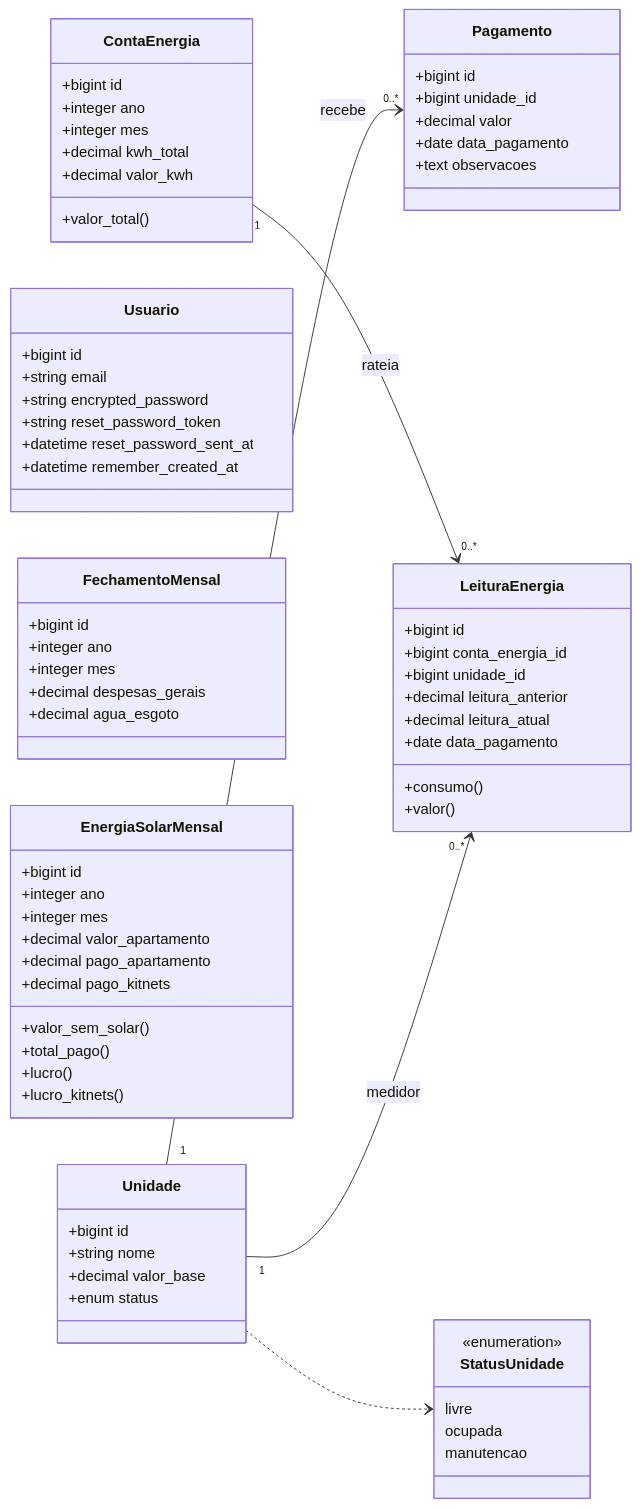
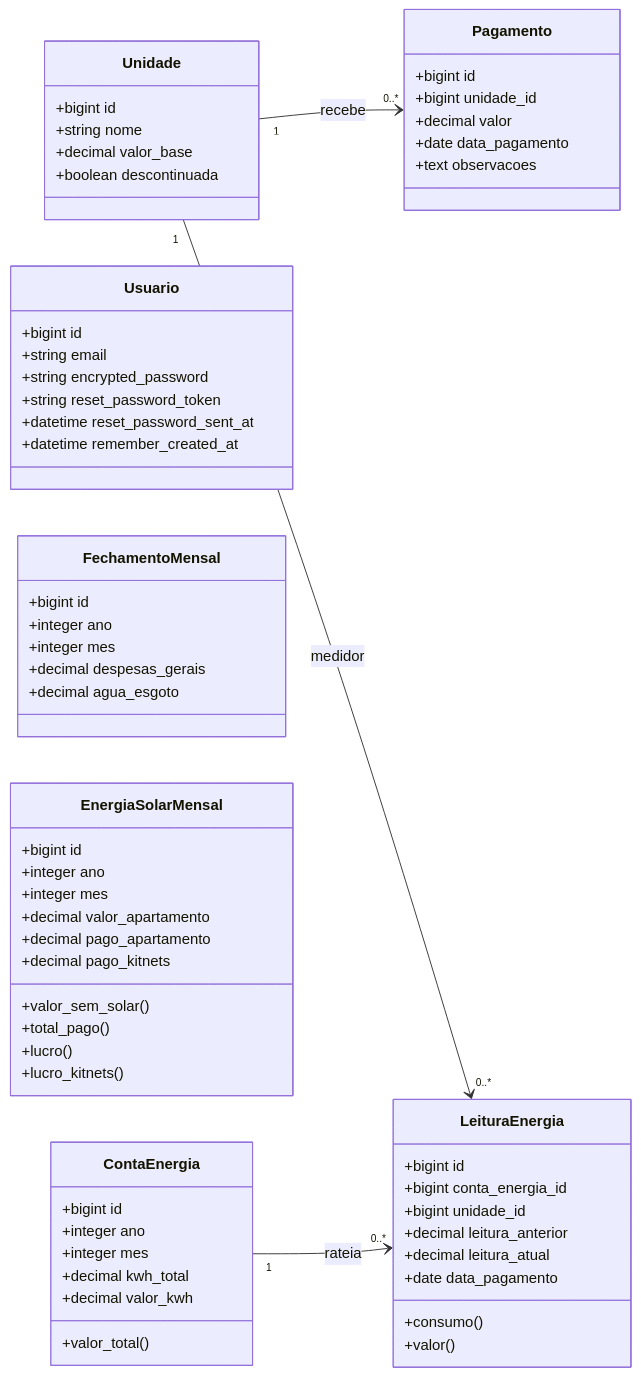
Before and after one commit to keandro/kitnet: the diagram in README.md, drawn with Mermaid. The commit also changed other lines of this file and 12 other files, not shown here.

First line of the commit message:
Remove the unidade status

````diff
--- a/README.md
+++ b/README.md
@@ -49,81 +49,73 @@
 ```mermaid
 classDiagram
     direction LR
 
     class Unidade {
         +bigint id
         +string nome
         +decimal valor_base
-        +enum status
+        +boolean descontinuada
     }
 
     class Pagamento {
         +bigint id
         +bigint unidade_id
         +decimal valor
         +date data_pagamento
         +text observacoes
     }
 
     class Usuario {
         +bigint id
         +string email
         +string encrypted_password
         +string reset_password_token
         +datetime reset_password_sent_at
         +datetime remember_created_at
     }
 
     class FechamentoMensal {
         +bigint id
         +integer ano
         +integer mes
         +decimal despesas_gerais
         +decimal agua_esgoto
     }
 
     class EnergiaSolarMensal {
         +bigint id
         +integer ano
         +integer mes
         +decimal valor_apartamento
         +decimal pago_apartamento
         +decimal pago_kitnets
         +valor_sem_solar()
         +total_pago()
         +lucro()
         +lucro_kitnets()
     }
 
     class ContaEnergia {
         +bigint id
         +integer ano
         +integer mes
         +decimal kwh_total
         +decimal valor_kwh
         +valor_total()
     }
 
     class LeituraEnergia {
         +bigint id
         +bigint conta_energia_id
         +bigint unidade_id
         +decimal leitura_anterior
         +decimal leitura_atual
         +date data_pagamento
         +consumo()
         +valor()
     }
 
-    class StatusUnidade {
-        <<enumeration>>
-        livre
-        ocupada
-        manutencao
-    }
-
     Unidade "1" --> "0..*" Pagamento : recebe
     ContaEnergia "1" --> "0..*" LeituraEnergia : rateia
     Unidade "1" --> "0..*" LeituraEnergia : medidor
-    Unidade ..> StatusUnidade
 ```
````
